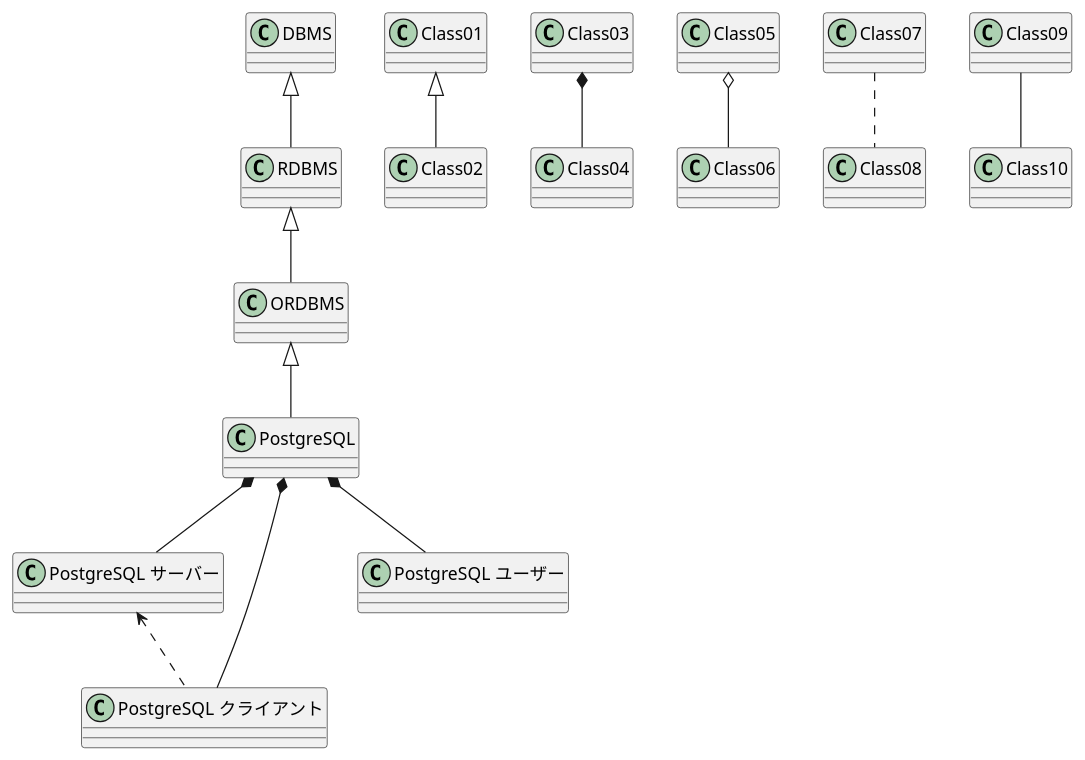
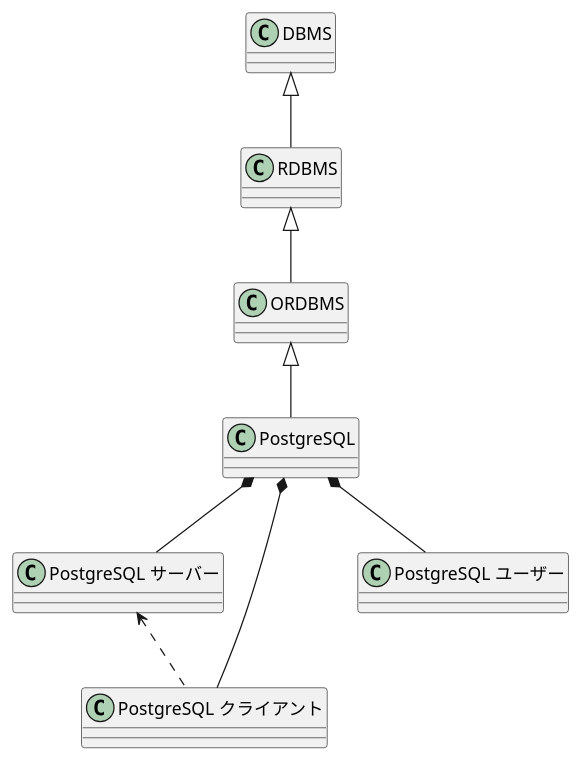
The diagram in site/content/ja/docs/Appendix/uml/class/classes.puml (peregrin8alde/learn-ossdb-gold), drawn with PlantUML before and after one commit. The commit also changed 7 other files, not shown here.

```diff
--- a/site/content/ja/docs/Appendix/uml/class/classes.puml
+++ b/site/content/ja/docs/Appendix/uml/class/classes.puml
@@ -1,24 +1,19 @@
 @startuml
 
 /'
 "Class01" <|-- "Class02"
 "Class03" *-- "Class04"
 "Class05" o-- "Class06"
 "Class07" .. "Class08"
 "Class09" -- "Class10"
 '/
 
 "DBMS" <|-- RDBMS
 "RDBMS" <|-- ORDBMS
 "ORDBMS" <|-- PostgreSQL
 "PostgreSQL" *-- "PostgreSQL サーバー"
 "PostgreSQL" *-- "PostgreSQL クライアント"
 "PostgreSQL" *-- "PostgreSQL ユーザー"
 "PostgreSQL サーバー" <.. "PostgreSQL クライアント"
 
-"Class01" <|-- "Class02"
-"Class03" *-- "Class04"
-"Class05" o-- "Class06"
-"Class07" .. "Class08"
-"Class09" -- "Class10"
 @enduml
```
